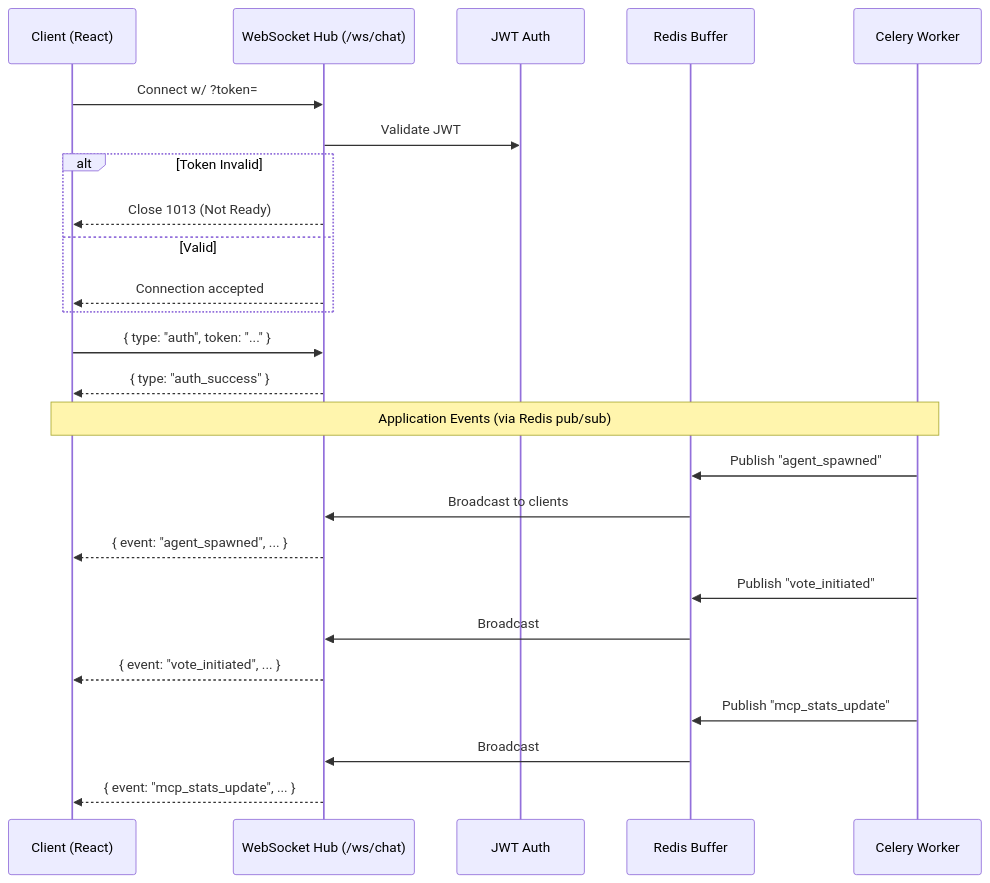
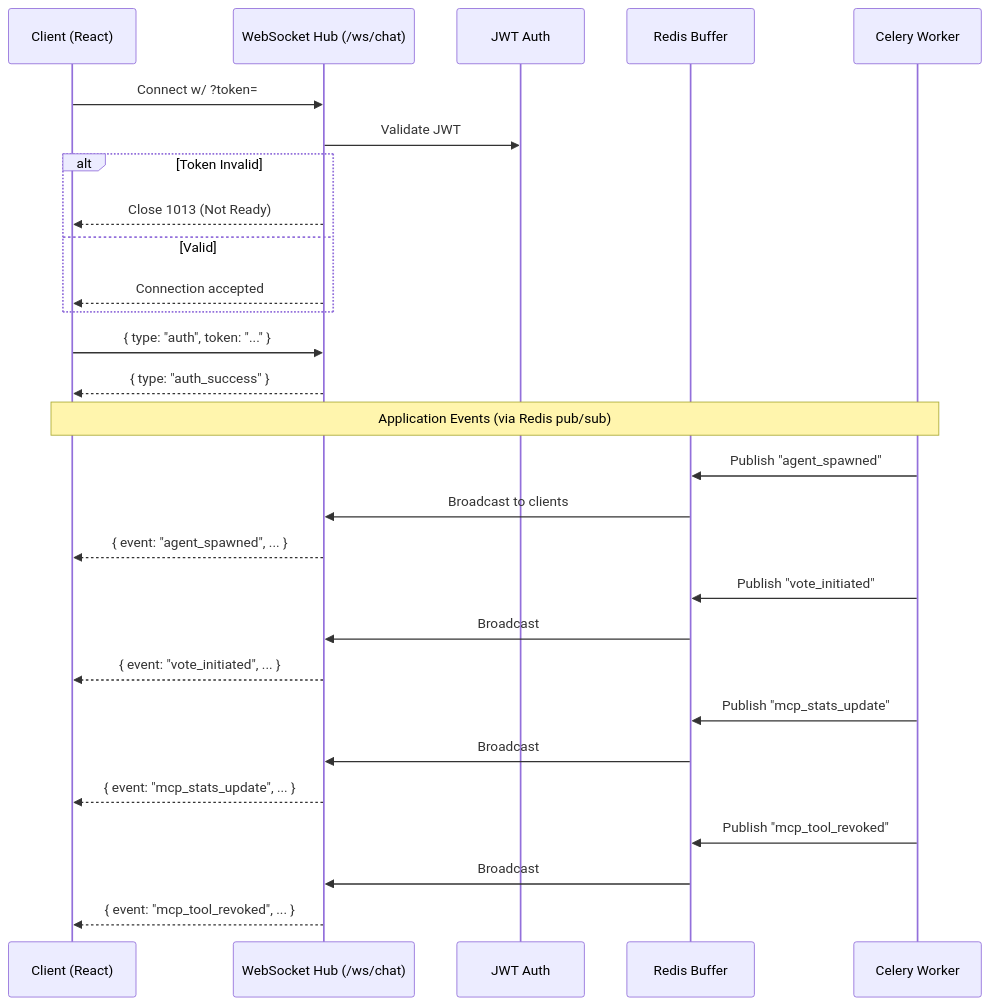
The sixth of 9 diagrams in ARCHITECTURE.md (AshminDhungana/Agentium), drawn with Mermaid before and after one commit. The commit also changed other lines of this file and 2 other files, not shown here.

Commit message:
docs: document mcp_tool_revoked WebSocket event in ARCHITECTURE.md and plan

````diff
--- a/ARCHITECTURE.md
+++ b/ARCHITECTURE.md
@@ -317,33 +317,37 @@
 ```mermaid
 sequenceDiagram
     participant C as Client (React)
     participant W as WebSocket Hub (/ws/chat)
     participant A as JWT Auth
     participant R as Redis Buffer
     participant CB as Celery Worker
 
     C->>W: Connect w/ ?token=
     W->>A: Validate JWT
     alt Token Invalid
         W-->>C: Close 1013 (Not Ready)
     else Valid
         W-->>C: Connection accepted
     end
 
     C->>W: { type: "auth", token: "..." }
     W-->>C: { type: "auth_success" }
 
     Note over C,CB: Application Events (via Redis pub/sub)
 
     CB->>R: Publish "agent_spawned"
     R->>W: Broadcast to clients
     W-->>C: { event: "agent_spawned", ... }
 
     CB->>R: Publish "vote_initiated"
     R->>W: Broadcast
     W-->>C: { event: "vote_initiated", ... }
 
     CB->>R: Publish "mcp_stats_update"
     R->>W: Broadcast
     W-->>C: { event: "mcp_stats_update", ... }
+
+    CB->>R: Publish "mcp_tool_revoked"
+    R->>W: Broadcast
+    W-->>C: { event: "mcp_tool_revoked", ... }
 ```
````
